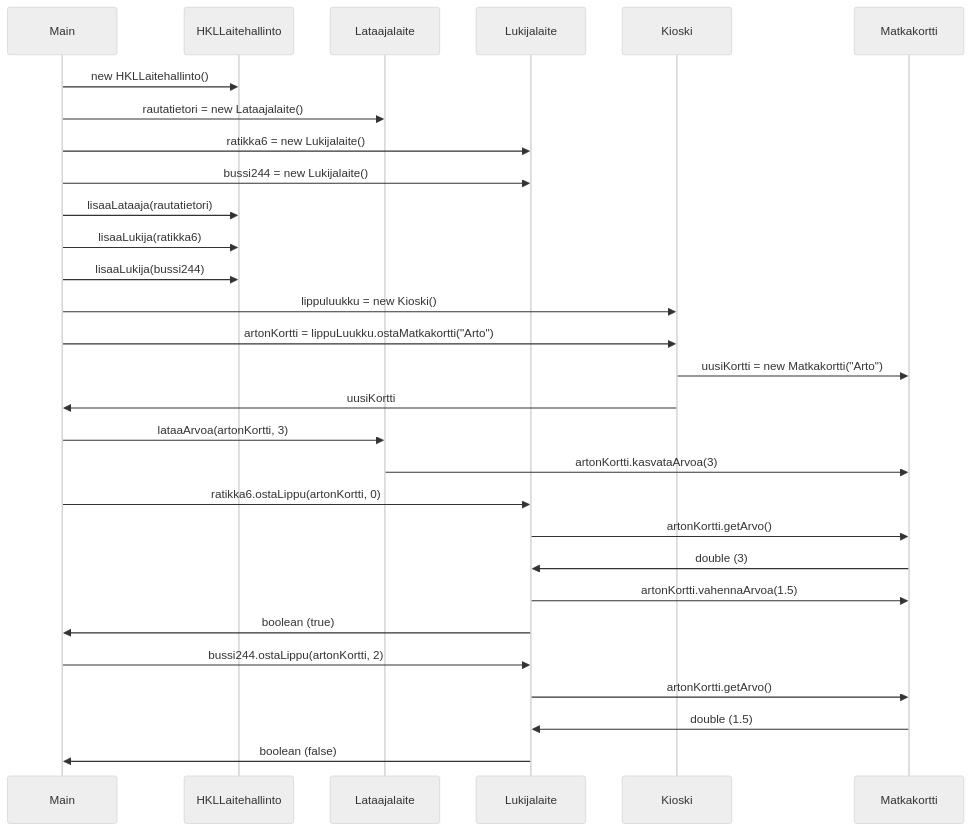
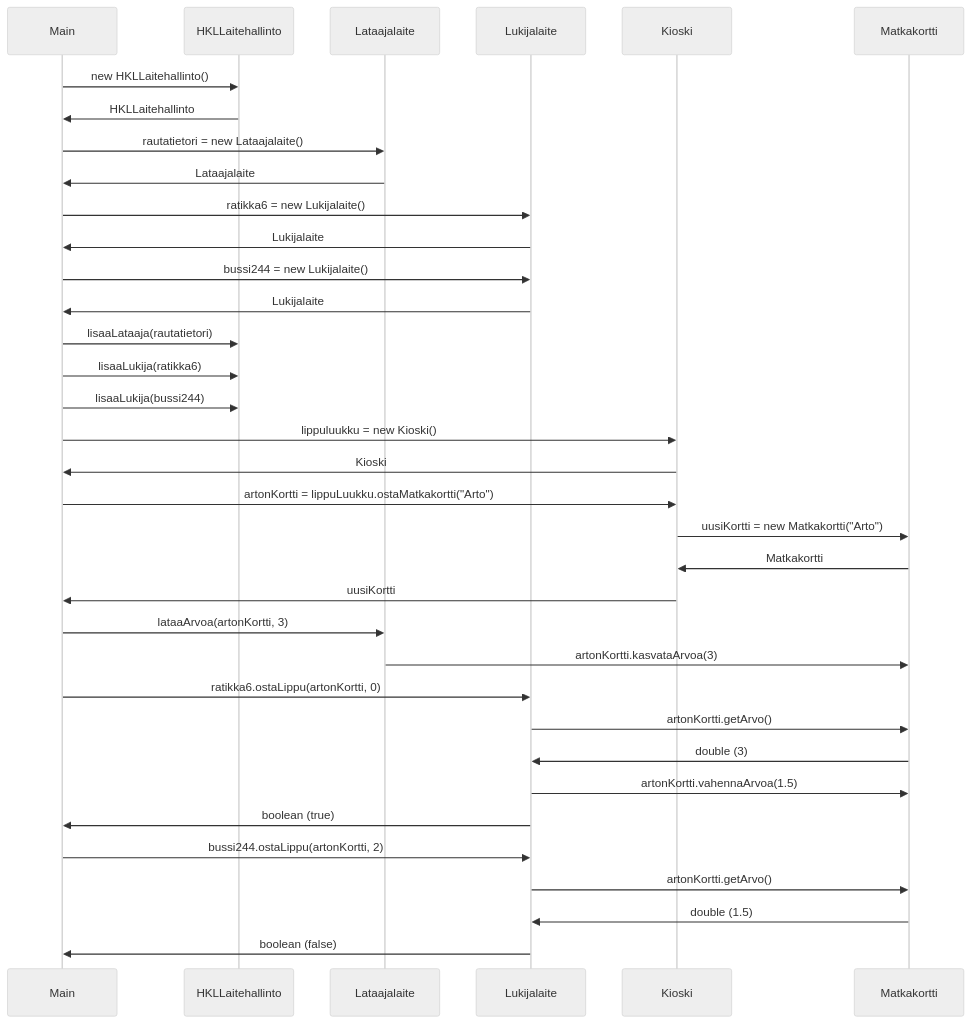
The third of 3 diagrams in laskarit/viikko3/monopolyClassDiagram.md (Zatyri/OhTu), drawn with Mermaid (neutral theme) before and after one commit.

Commit message:
updated sequence diagram

````diff
--- a/laskarit/viikko3/monopolyClassDiagram.md
+++ b/laskarit/viikko3/monopolyClassDiagram.md
@@ -66,27 +66,33 @@
 ```mermaid
 sequenceDiagram
 	Main->>HKLLaitehallinto: new HKLLaitehallinto()
+	HKLLaitehallinto->>Main: HKLLaitehallinto
 	Main->>Lataajalaite: rautatietori = new Lataajalaite()
+	Lataajalaite->>Main: Lataajalaite
 	Main->>Lukijalaite: ratikka6 = new Lukijalaite()
+	Lukijalaite->>Main: Lukijalaite
 	Main->>Lukijalaite: bussi244 = new Lukijalaite()
+	Lukijalaite->>Main: Lukijalaite
 	Main->>HKLLaitehallinto: lisaaLataaja(rautatietori)
 	Main->>HKLLaitehallinto: lisaaLukija(ratikka6)
 	Main->>HKLLaitehallinto: lisaaLukija(bussi244)
 	Main->>Kioski: lippuluukku = new Kioski()
+	Kioski->>Main: Kioski
 	Main->>Kioski: artonKortti = lippuLuukku.ostaMatkakortti("Arto")
 	Kioski->>Matkakortti: uusiKortti = new Matkakortti("Arto")
+	Matkakortti->>Kioski: Matkakortti
 	Kioski->>Main: uusiKortti
 	Main->>Lataajalaite: lataaArvoa(artonKortti, 3)
 	Lataajalaite->>Matkakortti: artonKortti.kasvataArvoa(3)
 	Main->>Lukijalaite: ratikka6.ostaLippu(artonKortti, 0)
 	Lukijalaite->>Matkakortti: artonKortti.getArvo()
 	Matkakortti->>Lukijalaite: double (3)
 	Lukijalaite->>Matkakortti: artonKortti.vahennaArvoa(1.5)
 	Lukijalaite->>Main: boolean (true)
 	Main->>Lukijalaite: bussi244.ostaLippu(artonKortti, 2)
 	Lukijalaite->>Matkakortti: artonKortti.getArvo()
 	Matkakortti->>Lukijalaite: double (1.5)
 	Lukijalaite->>Main: boolean (false)
 
 
 ```
````
